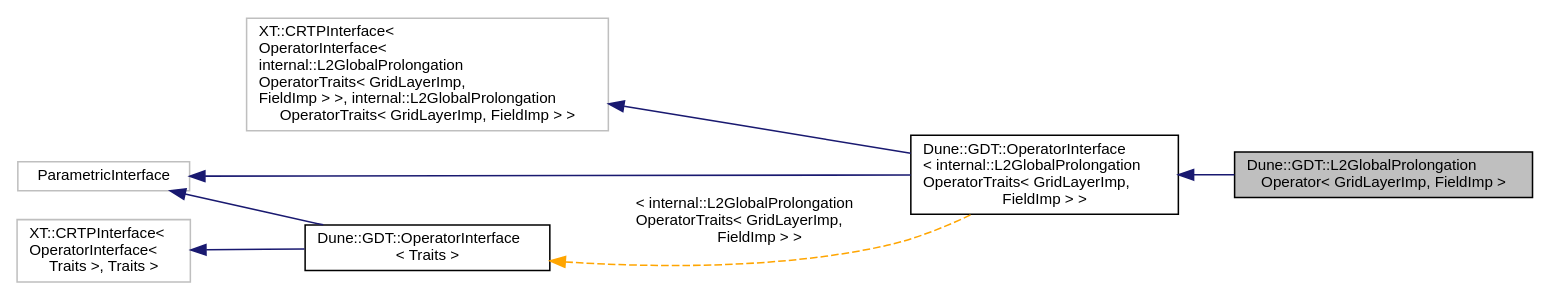
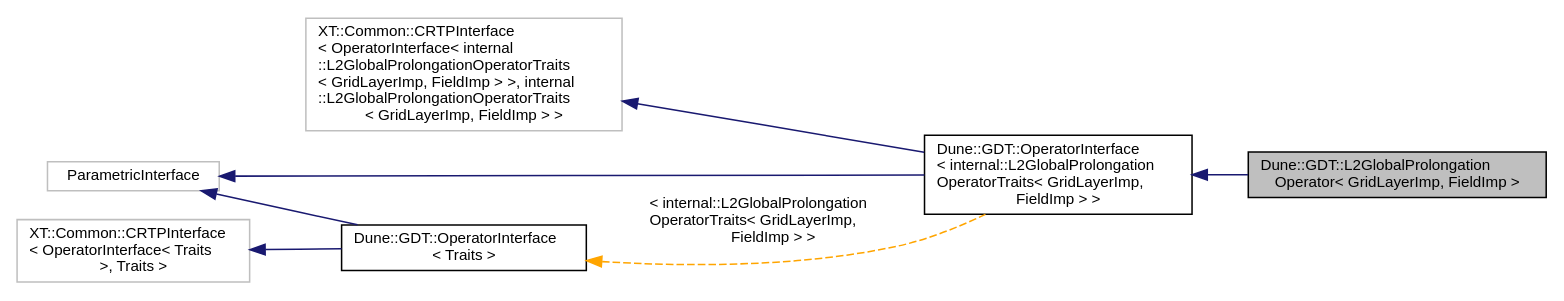
Before and after one commit to dune-community/dune-community.github.io: the diagram in docs/dune-gdt/master/a02344.dot, drawn with Graphviz. The commit also changed 1147 other files, not shown here.

```diff
--- a/docs/dune-gdt/master/a02344.dot
+++ b/docs/dune-gdt/master/a02344.dot
@@ -1,18 +1,18 @@
 digraph "Dune::GDT::L2GlobalProlongationOperator&lt; GridLayerImp, FieldImp &gt;"
 {
   edge [fontname="Helvetica",fontsize="10",labelfontname="Helvetica",labelfontsize="10"];
   node [fontname="Helvetica",fontsize="10",shape=record];
   rankdir="LR";
   Node0 [label="Dune::GDT::L2GlobalProlongation\lOperator\< GridLayerImp, FieldImp \>",height=0.2,width=0.4,color="black", fillcolor="grey75", style="filled", fontcolor="black"];
   Node1 -> Node0 [dir="back",color="midnightblue",fontsize="10",style="solid",fontname="Helvetica"];
   Node1 [label="Dune::GDT::OperatorInterface\l\< internal::L2GlobalProlongation\lOperatorTraits\< GridLayerImp,\l FieldImp \> \>",height=0.2,width=0.4,color="black", fillcolor="white", style="filled",URL="$a02117.html"];
   Node2 -> Node1 [dir="back",color="midnightblue",fontsize="10",style="solid",fontname="Helvetica"];
-  Node2 [label="XT::CRTPInterface\<\l OperatorInterface\<\l internal::L2GlobalProlongation\lOperatorTraits\< GridLayerImp,\l FieldImp \> \>, internal::L2GlobalProlongation\lOperatorTraits\< GridLayerImp, FieldImp \> \>",height=0.2,width=0.4,color="grey75", fillcolor="white", style="filled"];
+  Node2 [label="XT::Common::CRTPInterface\l\< OperatorInterface\< internal\l::L2GlobalProlongationOperatorTraits\l\< GridLayerImp, FieldImp \> \>, internal\l::L2GlobalProlongationOperatorTraits\l\< GridLayerImp, FieldImp \> \>",height=0.2,width=0.4,color="grey75", fillcolor="white", style="filled"];
   Node3 -> Node1 [dir="back",color="midnightblue",fontsize="10",style="solid",fontname="Helvetica"];
   Node3 [label="ParametricInterface",height=0.2,width=0.4,color="grey75", fillcolor="white", style="filled"];
   Node4 -> Node1 [dir="back",color="orange",fontsize="10",style="dashed",label=" \< internal::L2GlobalProlongation\lOperatorTraits\< GridLayerImp,\l FieldImp \> \>" ,fontname="Helvetica"];
   Node4 [label="Dune::GDT::OperatorInterface\l\< Traits \>",height=0.2,width=0.4,color="black", fillcolor="white", style="filled",URL="$a02117.html"];
   Node5 -> Node4 [dir="back",color="midnightblue",fontsize="10",style="solid",fontname="Helvetica"];
-  Node5 [label="XT::CRTPInterface\<\l OperatorInterface\<\l Traits \>, Traits \>",height=0.2,width=0.4,color="grey75", fillcolor="white", style="filled"];
+  Node5 [label="XT::Common::CRTPInterface\l\< OperatorInterface\< Traits\l \>, Traits \>",height=0.2,width=0.4,color="grey75", fillcolor="white", style="filled"];
   Node3 -> Node4 [dir="back",color="midnightblue",fontsize="10",style="solid",fontname="Helvetica"];
 }
```
